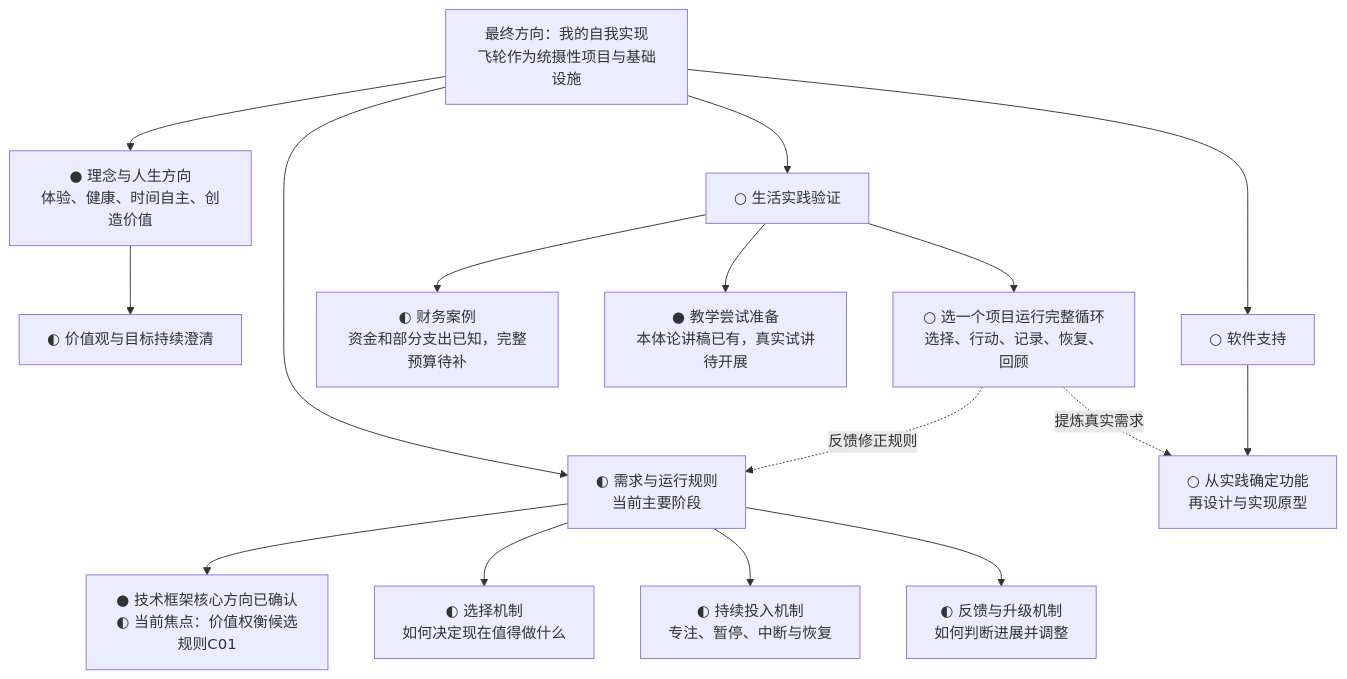
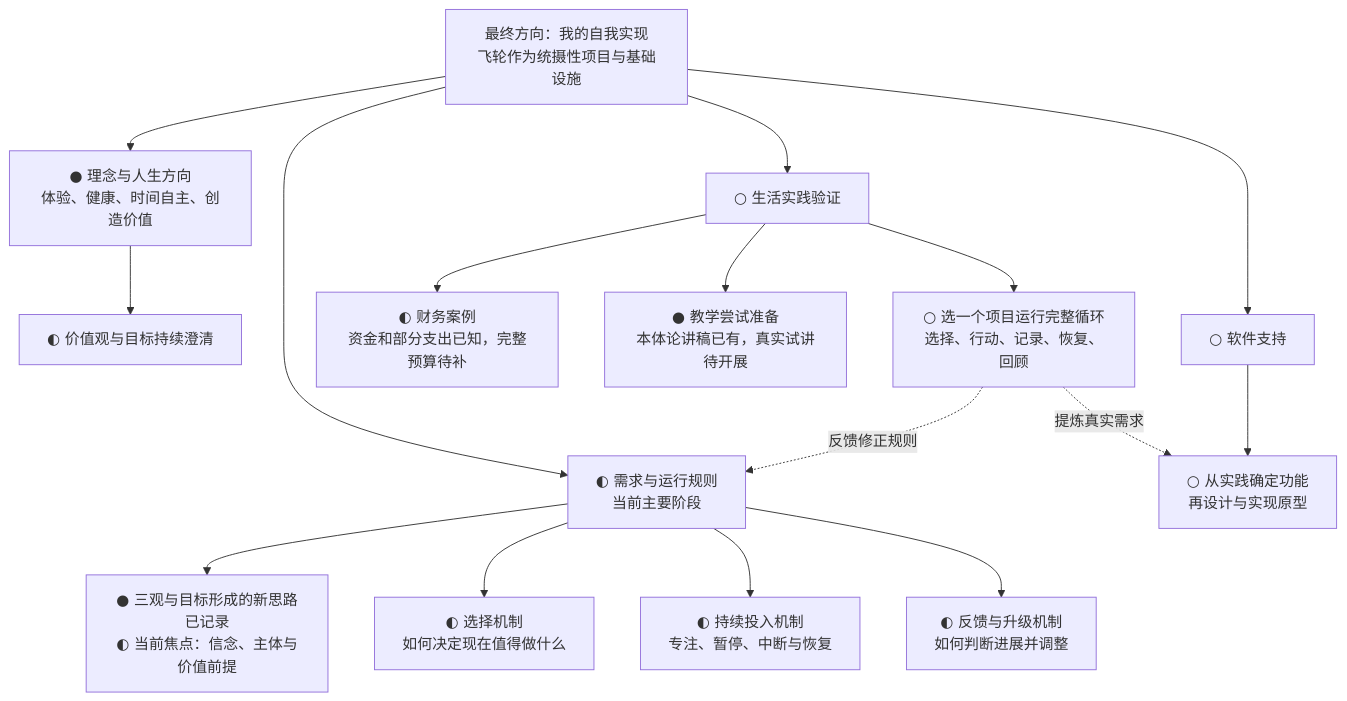
Before and after one commit to fangjiaqi2023-jpg/life-flywheel: the first of 2 diagrams in 项目/人生飞轮/项目推进图.md, drawn with Mermaid. The commit also changed other lines of this file, not shown here.

````diff
--- a/项目/人生飞轮/项目推进图.md
+++ b/项目/人生飞轮/项目推进图.md
@@ -11,22 +11,22 @@
 ```mermaid
 flowchart TD
     M[最终方向：我的自我实现<br/>飞轮作为统摄性项目与基础设施]
     M --> A[● 理念与人生方向<br/>体验、健康、时间自主、创造价值]
     M --> B[◐ 需求与运行规则<br/>当前主要阶段]
     M --> C[○ 生活实践验证]
     M --> D[○ 软件支持]
 
     A --> A1[◐ 价值观与目标持续澄清]
-    B --> B0[● 技术框架核心方向已确认<br/>◐ 当前焦点：价值权衡候选规则C01]
+    B --> B0[● 三观与目标形成的新思路已记录<br/>◐ 当前焦点：信念、主体与价值前提]
     B --> B1[◐ 选择机制<br/>如何决定现在值得做什么]
     B --> B2[◐ 持续投入机制<br/>专注、暂停、中断与恢复]
     B --> B3[◐ 反馈与升级机制<br/>如何判断进展并调整]
 
     C --> C1[◐ 财务案例<br/>资金和部分支出已知，完整预算待补]
     C --> C2[● 教学尝试准备<br/>本体论讲稿已有，真实试讲待开展]
     C --> C3[○ 选一个项目运行完整循环<br/>选择、行动、记录、恢复、回顾]
     D --> D1[○ 从实践确定功能<br/>再设计与实现原型]
 
     C3 -.反馈修正规则.-> B
     C3 -.提炼真实需求.-> D1
 ```
````
